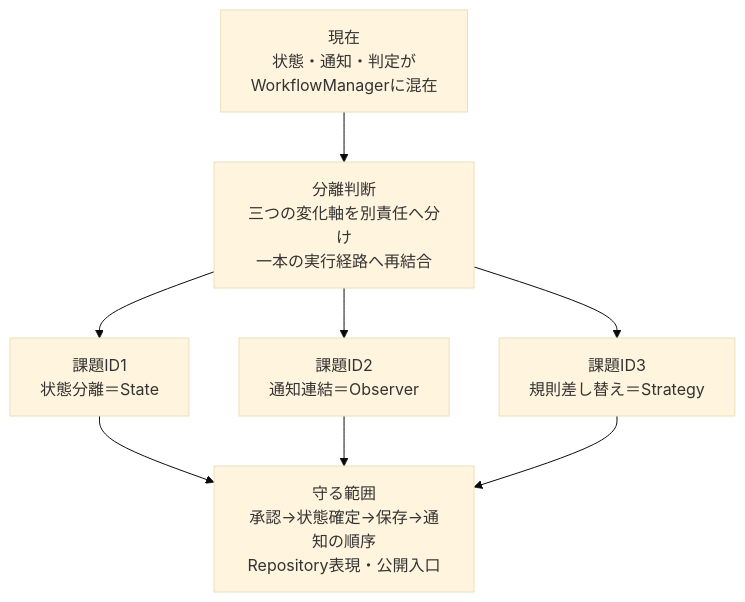
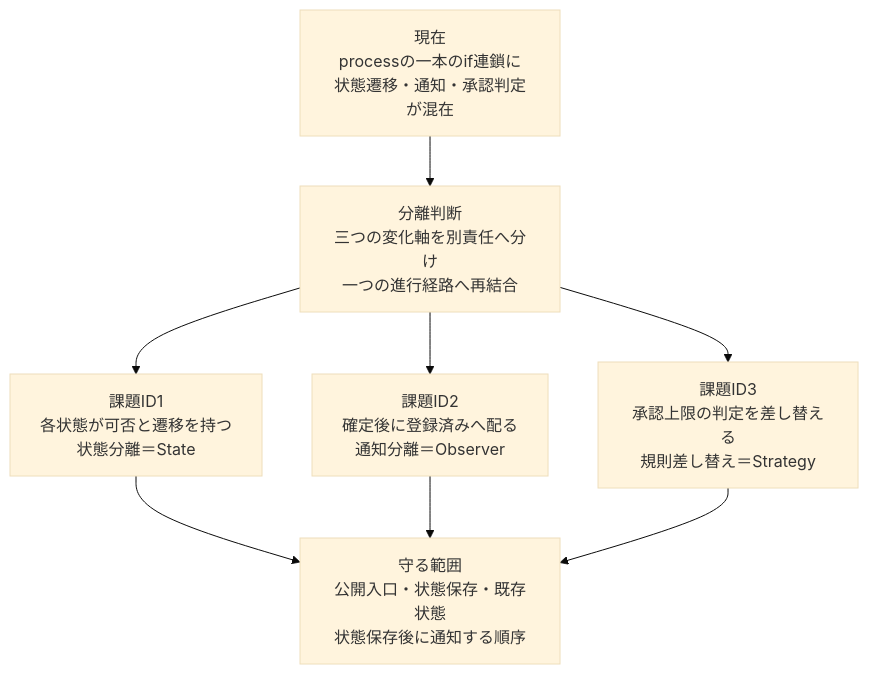
The tenth of 21 diagrams in kindle/design-patterns/output/chapter12.md (kumachan1101-pixel/DesignPattern), drawn with Mermaid (base theme) before and after one commit. The commit also changed other lines of this file, not shown here.

````diff
--- a/kindle/design-patterns/output/chapter12.md
+++ b/kindle/design-patterns/output/chapter12.md
@@ -1472,10 +1472,10 @@
 ```mermaid
 flowchart TB
-    A[現在<br/>状態・通知・判定が<br/>WorkflowManagerに混在] --> B[分離判断<br/>三つの変化軸を別責任へ分け<br/>一本の実行経路へ再結合]
-    B --> C[課題ID1<br/>状態分離＝State]
-    B --> D[課題ID2<br/>通知連結＝Observer]
-    B --> E[課題ID3<br/>規則差し替え＝Strategy]
-    C --> F[守る範囲<br/>承認→状態確定→保存→通知の順序<br/>Repository表現・公開入口]
-    D --> F
-    E --> F
+    A[現在<br/>processの一本のif連鎖に<br/>状態遷移・通知・承認判定が混在] --> B[分離判断<br/>三つの変化軸を別責任へ分け<br/>一つの進行経路へ再結合]
+    B --> C[課題ID1<br/>各状態が可否と遷移を持つ<br/>状態分離＝State]
+    B --> D[課題ID2<br/>確定後に登録済みへ配る<br/>通知分離＝Observer]
+    B --> F[課題ID3<br/>承認上限の判定を差し替える<br/>規則差し替え＝Strategy]
+    C --> E[守る範囲<br/>公開入口・状態保存・既存状態<br/>状態保存後に通知する順序]
+    D --> E
+    F --> E
 ```
````
